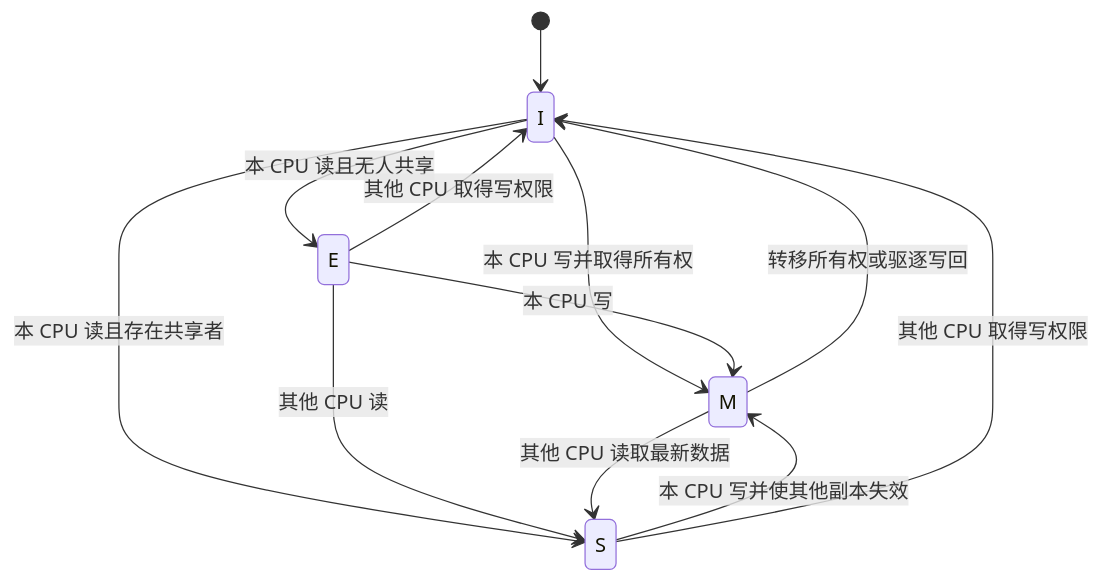
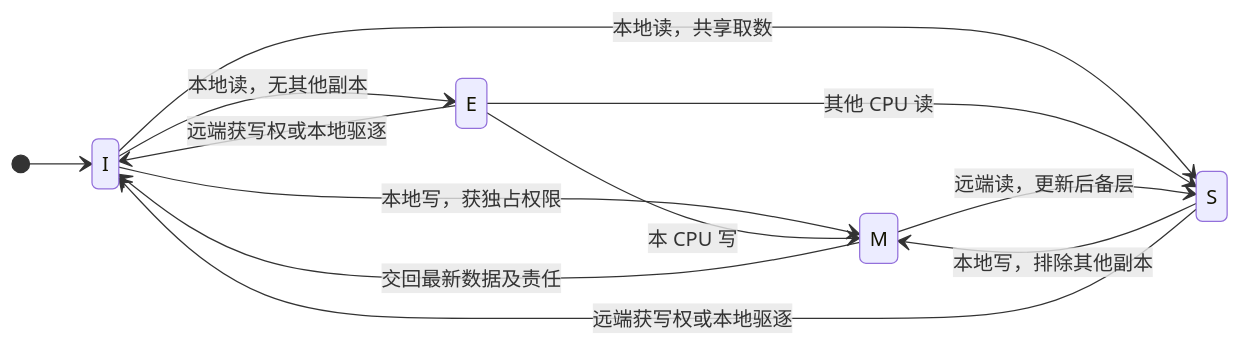
Before and after one commit to FormingSystem/linux_note: the fourth of 4 diagrams in knowledge/foundations/computer_architecture/cache_coherence/P02_MESI_状态机与一致性事务.md, drawn with Mermaid. The commit also changed other lines of this file and 10 other files, not shown here.

First line of the commit message:
content(architecture/cache): 重建缓存一致性事务与硬件职责的因果讲解

````diff
--- a/knowledge/foundations/computer_architecture/cache_coherence/P02_MESI_状态机与一致性事务.md
+++ b/knowledge/foundations/computer_architecture/cache_coherence/P02_MESI_状态机与一致性事务.md
@@ -159,18 +181,19 @@
 ```mermaid
 stateDiagram-v2
+    direction LR
     [*] --> I
 
-    I --> E: 本 CPU 读且无人共享
-    I --> S: 本 CPU 读且存在共享者
-    I --> M: 本 CPU 写并取得所有权
+    I --> E: 本地读，无其他副本
+    I --> S: 本地读，共享取数
+    I --> M: 本地写，获独占权限
 
     E --> M: 本 CPU 写
     E --> S: 其他 CPU 读
-    E --> I: 其他 CPU 取得写权限
+    E --> I: 远端获写权或本地驱逐
 
-    S --> M: 本 CPU 写并使其他副本失效
-    S --> I: 其他 CPU 取得写权限
+    S --> M: 本地写，排除其他副本
+    S --> I: 远端获写权或本地驱逐
 
-    M --> S: 其他 CPU 读取最新数据
-    M --> I: 转移所有权或驱逐写回
+    M --> S: 远端读，更新后备层
+    M --> I: 交回最新数据及责任
 ```
````
